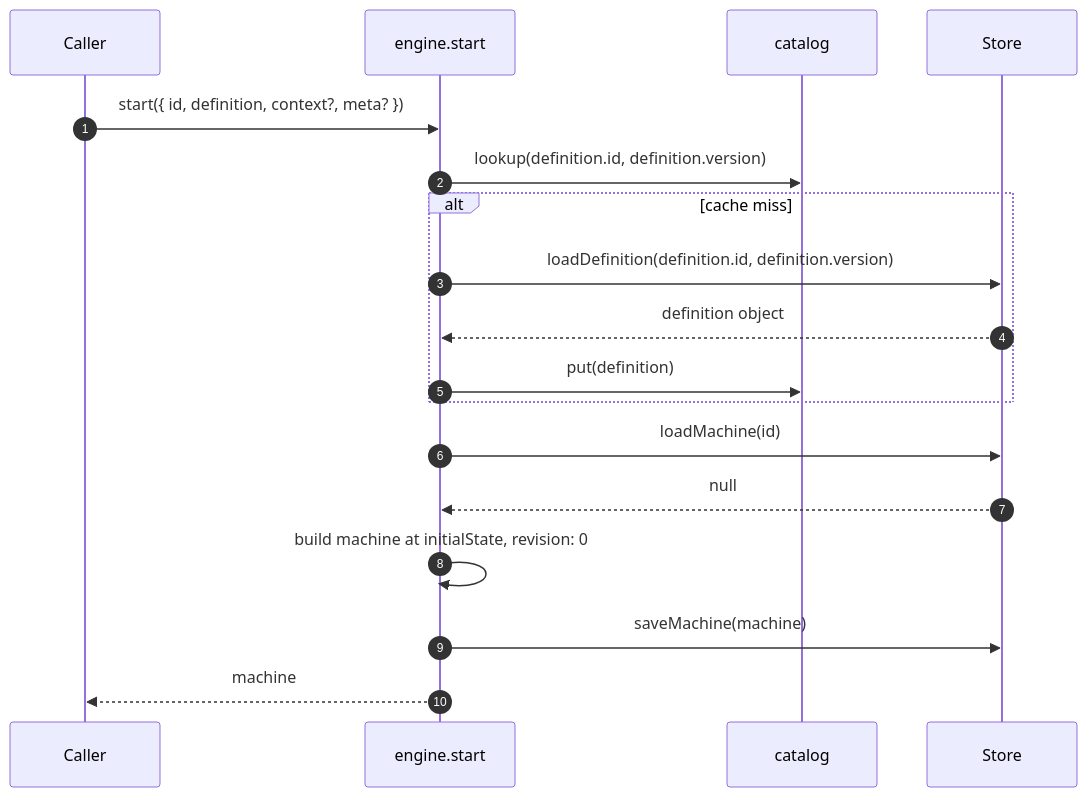
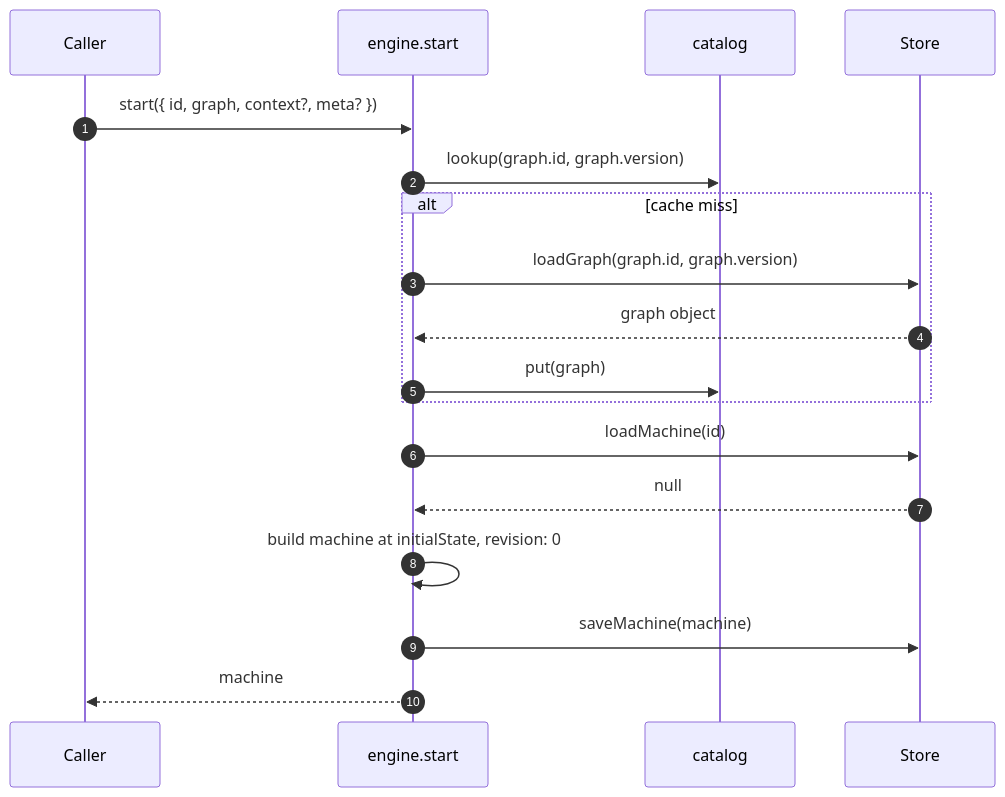
One commit to foreman-lab/handbook changed the first of 3 diagrams in architecture.md. Above: the diagram before and after it, drawn with Mermaid. The commit also changed other lines of this file, not shown here.

First line of the commit message:
docs(arch): rename MachineDefinition → Graph (#9)

````diff
--- a/architecture.md
+++ b/architecture.md
@@ -285,21 +285,21 @@
 ```mermaid
 sequenceDiagram
     autonumber
     participant C as Caller
     participant E as engine.start
     participant Cat as catalog
     participant S as Store
 
-    C->>E: start({ id, definition, context?, meta? })
-    E->>Cat: lookup(definition.id, definition.version)
+    C->>E: start({ id, graph, context?, meta? })
+    E->>Cat: lookup(graph.id, graph.version)
     alt cache miss
-        E->>S: loadDefinition(definition.id, definition.version)
-        S-->>E: definition object
-        E->>Cat: put(definition)
+        E->>S: loadGraph(graph.id, graph.version)
+        S-->>E: graph object
+        E->>Cat: put(graph)
     end
     E->>S: loadMachine(id)
     S-->>E: null
     E->>E: build machine at initialState, revision: 0
     E->>S: saveMachine(machine)
     E-->>C: machine
 ```
````
